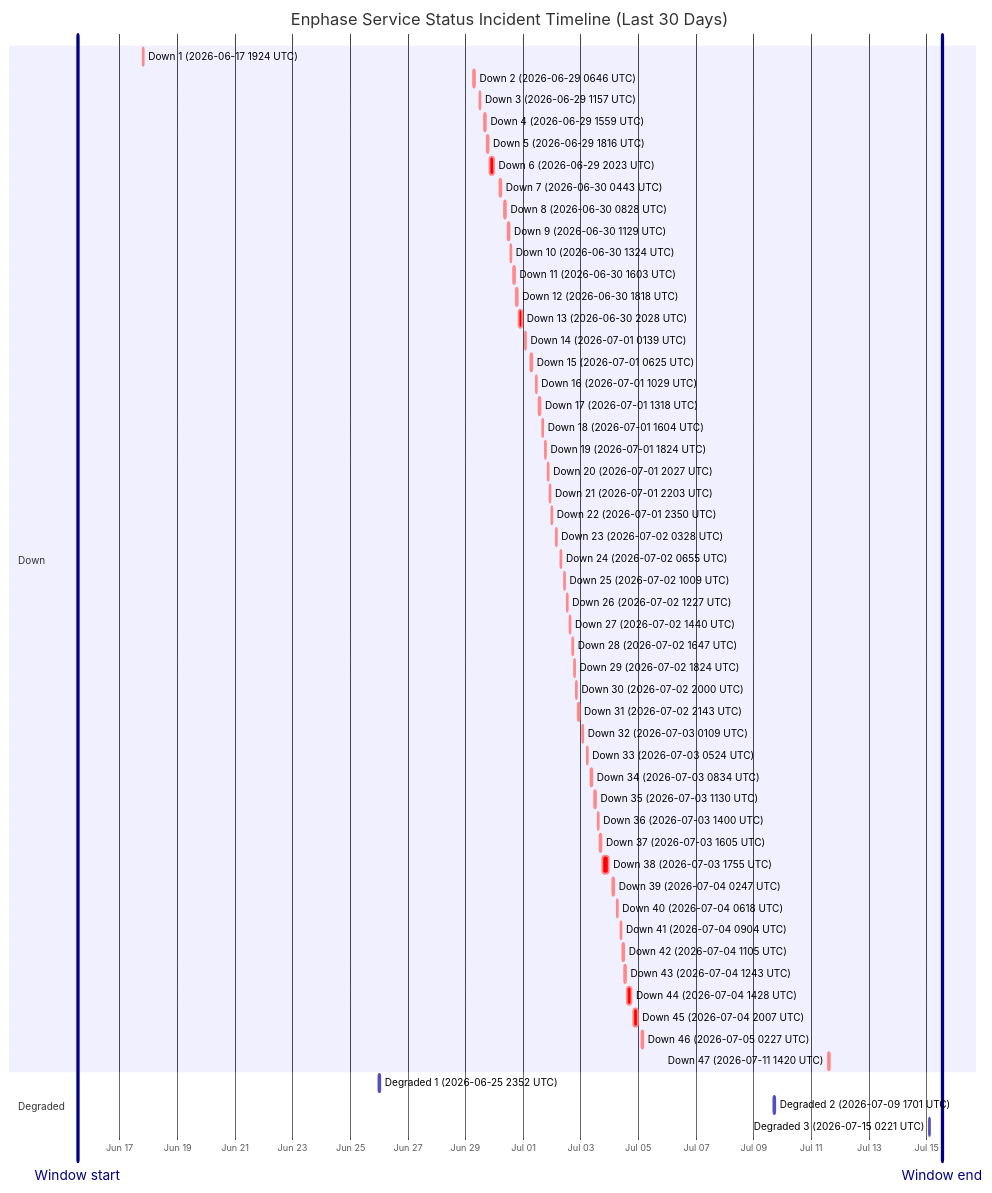
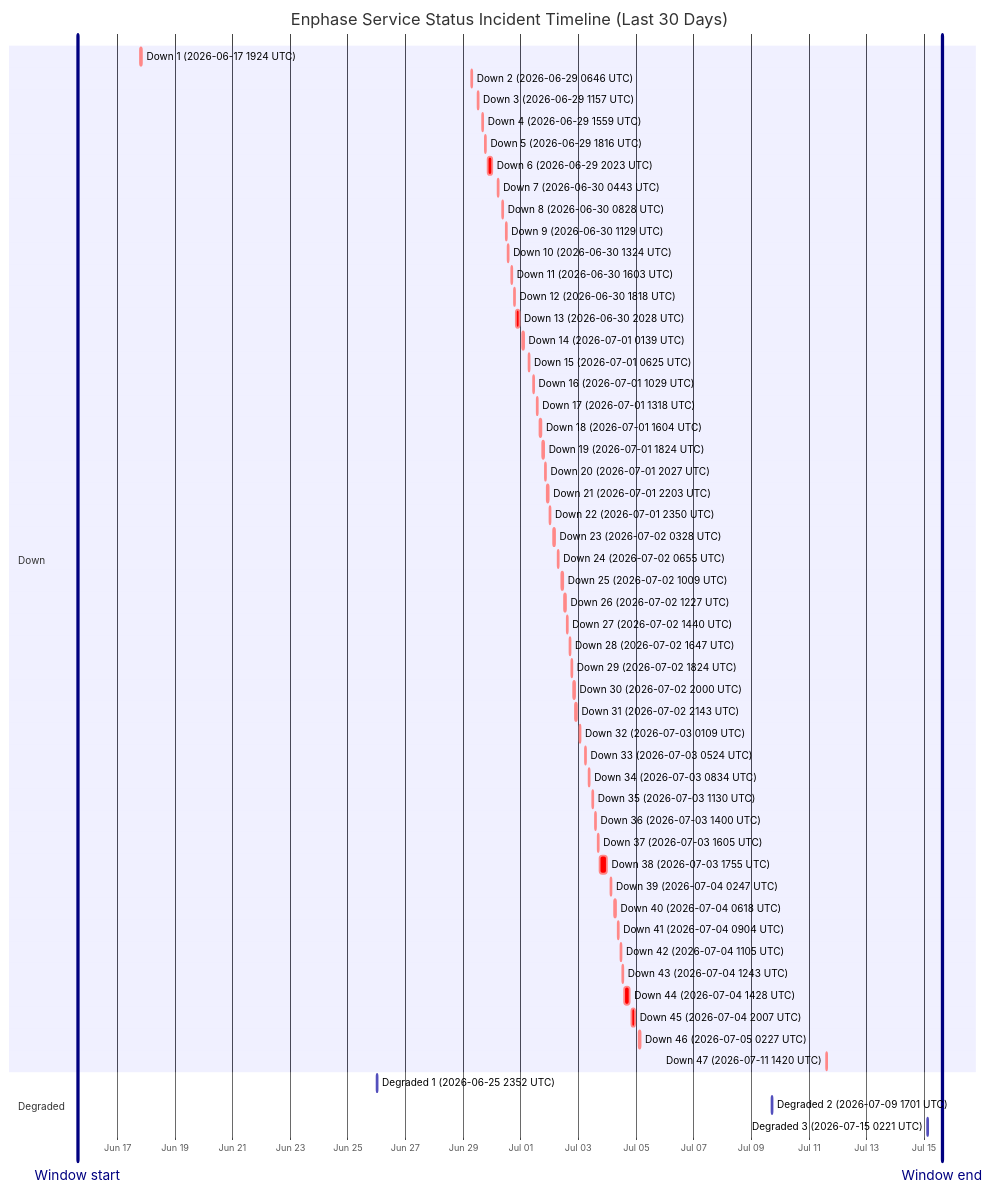
One commit to barneyonline/ha-enphase-energy changed the diagram in wiki/Service-Status-History.md. Above: the diagram before and after it, drawn with Mermaid. The commit also changed other lines of this file and 3 other files, not shown here.

````diff
--- a/wiki/Service-Status-History.md
+++ b/wiki/Service-Status-History.md
@@ -14,60 +14,60 @@
 ```mermaid
 gantt
     title Enphase Service Status Incident Timeline (Last 30 Days)
     dateFormat  YYYY-MM-DDTHH:mm:ss
     axisFormat  %b %d
-    Window start :vert, window-start, 2026-06-15T12:51:08, 0ms
-    Window end :vert, window-end, 2026-07-15T12:51:08, 0ms
+    Window start :vert, window-start, 2026-06-15T14:48:54, 0ms
+    Window end :vert, window-end, 2026-07-15T14:48:54, 0ms
     section Down
     Down 1 (2026-06-17 1924 UTC) :crit, down-1, 2026-06-17T19:24:51, 60m
     Down 2 (2026-06-29 0646 UTC) :crit, down-2, 2026-06-29T06:46:18, 60m
     Down 3 (2026-06-29 1157 UTC) :crit, down-3, 2026-06-29T11:57:36, 60m
     Down 4 (2026-06-29 1559 UTC) :crit, down-4, 2026-06-29T15:59:02, 60m
     Down 5 (2026-06-29 1816 UTC) :crit, down-5, 2026-06-29T18:16:38, 60m
     Down 6 (2026-06-29 2023 UTC) :crit, down-6, 2026-06-29T20:23:16, 220m
     Down 7 (2026-06-30 0443 UTC) :crit, down-7, 2026-06-30T04:43:54, 60m
     Down 8 (2026-06-30 0828 UTC) :crit, down-8, 2026-06-30T08:28:43, 60m
     Down 9 (2026-06-30 1129 UTC) :crit, down-9, 2026-06-30T11:29:15, 60m
     Down 10 (2026-06-30 1324 UTC) :crit, down-10, 2026-06-30T13:24:25, 60m
     Down 11 (2026-06-30 1603 UTC) :crit, down-11, 2026-06-30T16:03:26, 60m
     Down 12 (2026-06-30 1818 UTC) :crit, down-12, 2026-06-30T18:18:39, 60m
     Down 13 (2026-06-30 2028 UTC) :crit, down-13, 2026-06-30T20:28:54, 171m
     Down 14 (2026-07-01 0139 UTC) :crit, down-14, 2026-07-01T01:39:18, 60m
     Down 15 (2026-07-01 0625 UTC) :crit, down-15, 2026-07-01T06:25:35, 60m
     Down 16 (2026-07-01 1029 UTC) :crit, down-16, 2026-07-01T10:29:24, 60m
     Down 17 (2026-07-01 1318 UTC) :crit, down-17, 2026-07-01T13:18:31, 60m
     Down 18 (2026-07-01 1604 UTC) :crit, down-18, 2026-07-01T16:04:29, 60m
     Down 19 (2026-07-01 1824 UTC) :crit, down-19, 2026-07-01T18:24:21, 60m
     Down 20 (2026-07-01 2027 UTC) :crit, down-20, 2026-07-01T20:27:17, 60m
     Down 21 (2026-07-01 2203 UTC) :crit, down-21, 2026-07-01T22:03:46, 60m
     Down 22 (2026-07-01 2350 UTC) :crit, down-22, 2026-07-01T23:50:52, 60m
     Down 23 (2026-07-02 0328 UTC) :crit, down-23, 2026-07-02T03:28:33, 60m
     Down 24 (2026-07-02 0655 UTC) :crit, down-24, 2026-07-02T06:55:07, 60m
     Down 25 (2026-07-02 1009 UTC) :crit, down-25, 2026-07-02T10:09:15, 60m
     Down 26 (2026-07-02 1227 UTC) :crit, down-26, 2026-07-02T12:27:49, 60m
     Down 27 (2026-07-02 1440 UTC) :crit, down-27, 2026-07-02T14:40:53, 60m
     Down 28 (2026-07-02 1647 UTC) :crit, down-28, 2026-07-02T16:47:47, 60m
     Down 29 (2026-07-02 1824 UTC) :crit, down-29, 2026-07-02T18:24:26, 60m
     Down 30 (2026-07-02 2000 UTC) :crit, down-30, 2026-07-02T20:00:57, 60m
     Down 31 (2026-07-02 2143 UTC) :crit, down-31, 2026-07-02T21:43:52, 80m
     Down 32 (2026-07-03 0109 UTC) :crit, down-32, 2026-07-03T01:09:19, 60m
     Down 33 (2026-07-03 0524 UTC) :crit, down-33, 2026-07-03T05:24:23, 60m
     Down 34 (2026-07-03 0834 UTC) :crit, down-34, 2026-07-03T08:34:05, 60m
     Down 35 (2026-07-03 1130 UTC) :crit, down-35, 2026-07-03T11:30:41, 60m
     Down 36 (2026-07-03 1400 UTC) :crit, down-36, 2026-07-03T14:00:48, 60m
     Down 37 (2026-07-03 1605 UTC) :crit, down-37, 2026-07-03T16:05:49, 60m
     Down 38 (2026-07-03 1755 UTC) :crit, down-38, 2026-07-03T17:55:54, 338m
     Down 39 (2026-07-04 0247 UTC) :crit, down-39, 2026-07-04T02:47:22, 60m
     Down 40 (2026-07-04 0618 UTC) :crit, down-40, 2026-07-04T06:18:09, 60m
     Down 41 (2026-07-04 0904 UTC) :crit, down-41, 2026-07-04T09:04:41, 60m
     Down 42 (2026-07-04 1105 UTC) :crit, down-42, 2026-07-04T11:05:21, 60m
     Down 43 (2026-07-04 1243 UTC) :crit, down-43, 2026-07-04T12:43:25, 60m
     Down 44 (2026-07-04 1428 UTC) :crit, down-44, 2026-07-04T14:28:07, 243m
     Down 45 (2026-07-04 2007 UTC) :crit, down-45, 2026-07-04T20:07:50, 206m
     Down 46 (2026-07-05 0227 UTC) :crit, down-46, 2026-07-05T02:27:32, 109m
     Down 47 (2026-07-11 1420 UTC) :crit, down-47, 2026-07-11T14:20:54, 69m
     section Degraded
     Degraded 1 (2026-06-25 2352 UTC) :active, degraded-1, 2026-06-25T23:52:01, 60m
     Degraded 2 (2026-07-09 1701 UTC) :active, degraded-2, 2026-07-09T17:01:02, 60m
     Degraded 3 (2026-07-15 0221 UTC) :active, degraded-3, 2026-07-15T02:21:35, 60m
 ```
````
